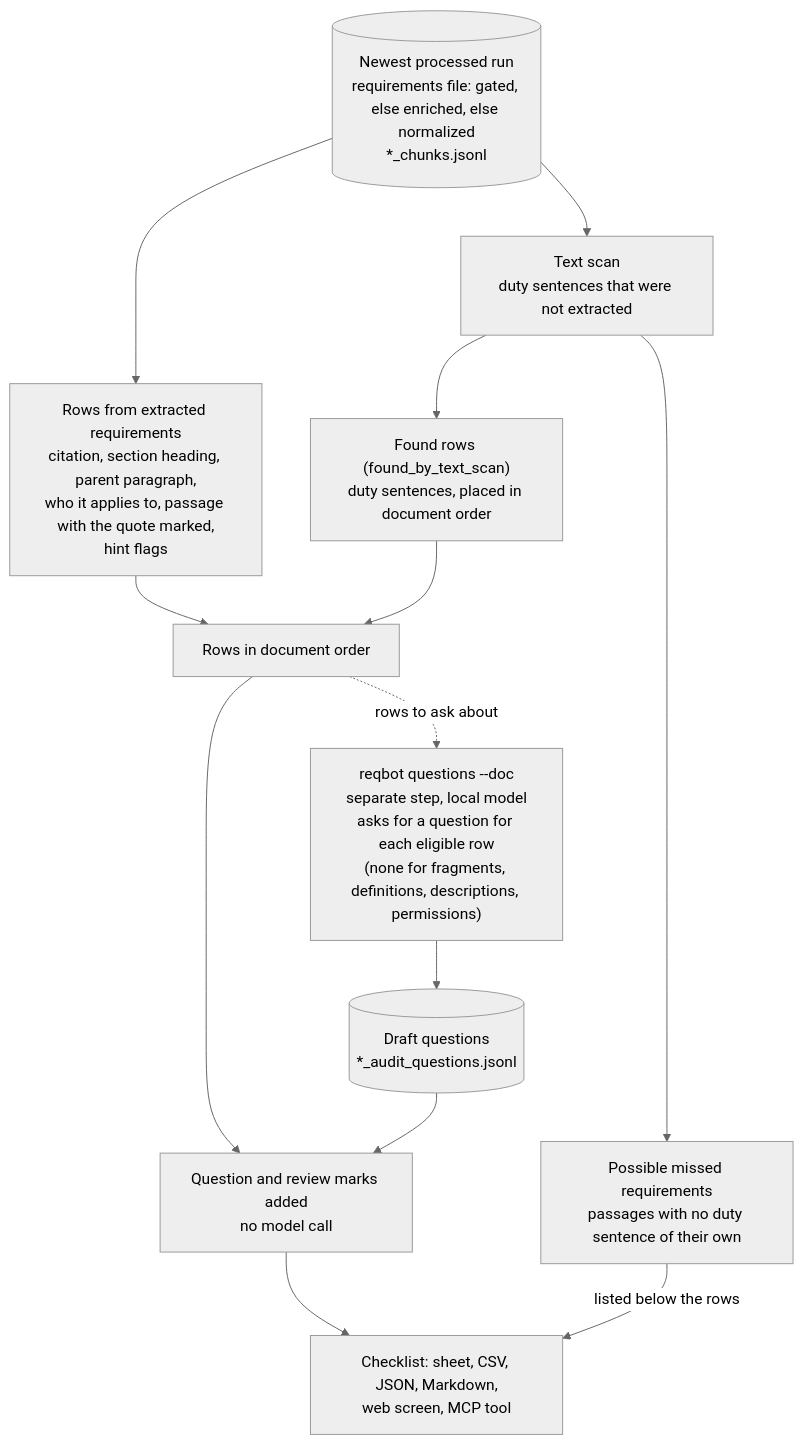
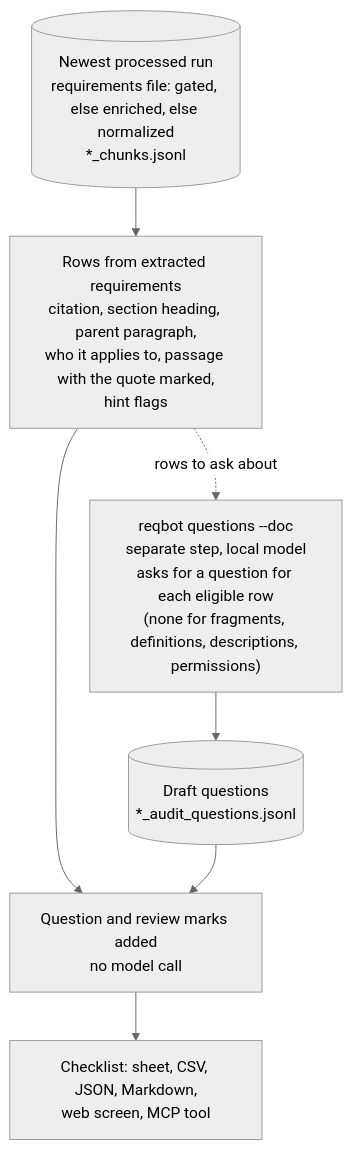
One commit to TylerGRClark/ReqBot changed the third of 3 diagrams in docs/ARCHITECTURE.md. Above: the diagram before and after it, drawn with Mermaid (neutral theme). The commit also changed other lines of this file and 26 other files, not shown here.

First line of the commit message:
refactor(checklist): remove the rule-based text scan (#366)

````diff
--- a/docs/ARCHITECTURE.md
+++ b/docs/ARCHITECTURE.md
@@ -236,26 +232,16 @@
 ```mermaid
 flowchart TD
     RUN[("Newest processed run<br/>requirements file: gated, else enriched, else normalized<br/>*_chunks.jsonl")]
     ROWS["Rows from extracted requirements<br/>citation, section heading, parent paragraph,<br/>who it applies to, passage with the quote marked,<br/>hint flags"]
-    SCAN["Text scan<br/>duty sentences that were not extracted"]
-    FOUND["Found rows (found_by_text_scan)<br/>duty sentences, placed in document order"]
-    POSS["Possible missed requirements<br/>passages with no duty sentence of their own"]
-    MERGE["Rows in document order"]
     SIDE[("Draft questions<br/>*_audit_questions.jsonl")]
     APPLY["Question and review marks added<br/>no model call"]
     OUT["Checklist: sheet, CSV, JSON, Markdown,<br/>web screen, MCP tool"]
     WRITE["reqbot questions --doc<br/>separate step, local model<br/>asks for a question for each eligible row<br/>(none for fragments, definitions, descriptions, permissions)"]
 
     RUN --> ROWS
-    RUN --> SCAN
-    SCAN --> FOUND
-    SCAN --> POSS
-    ROWS --> MERGE
-    FOUND --> MERGE
-    MERGE --> APPLY
+    ROWS --> APPLY
     SIDE --> APPLY
     APPLY --> OUT
-    POSS -->|"listed below the rows"| OUT
-    MERGE -.->|"rows to ask about"| WRITE
+    ROWS -.->|"rows to ask about"| WRITE
     WRITE --> SIDE
 ```
````
